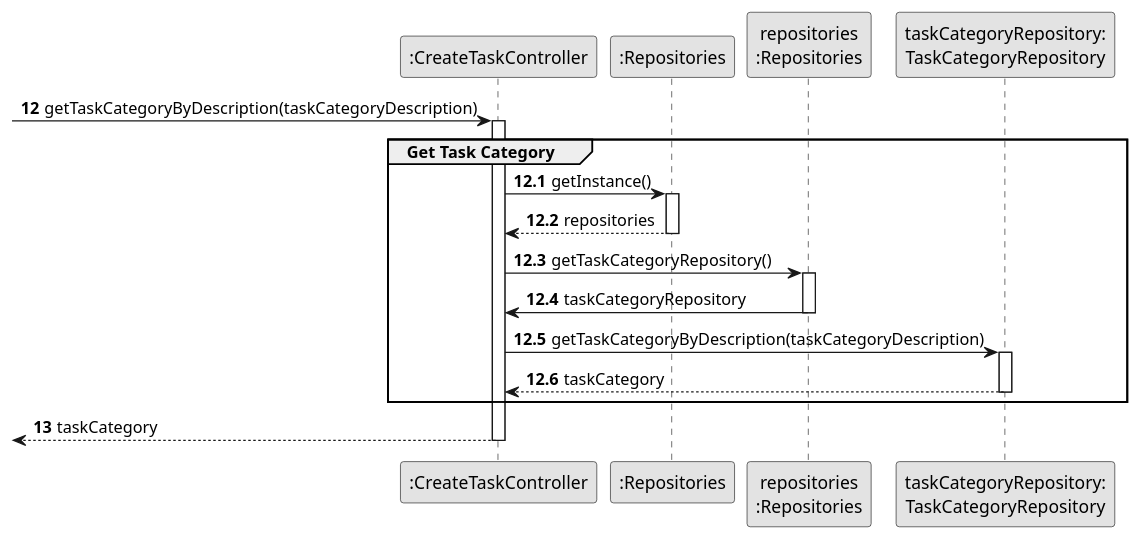
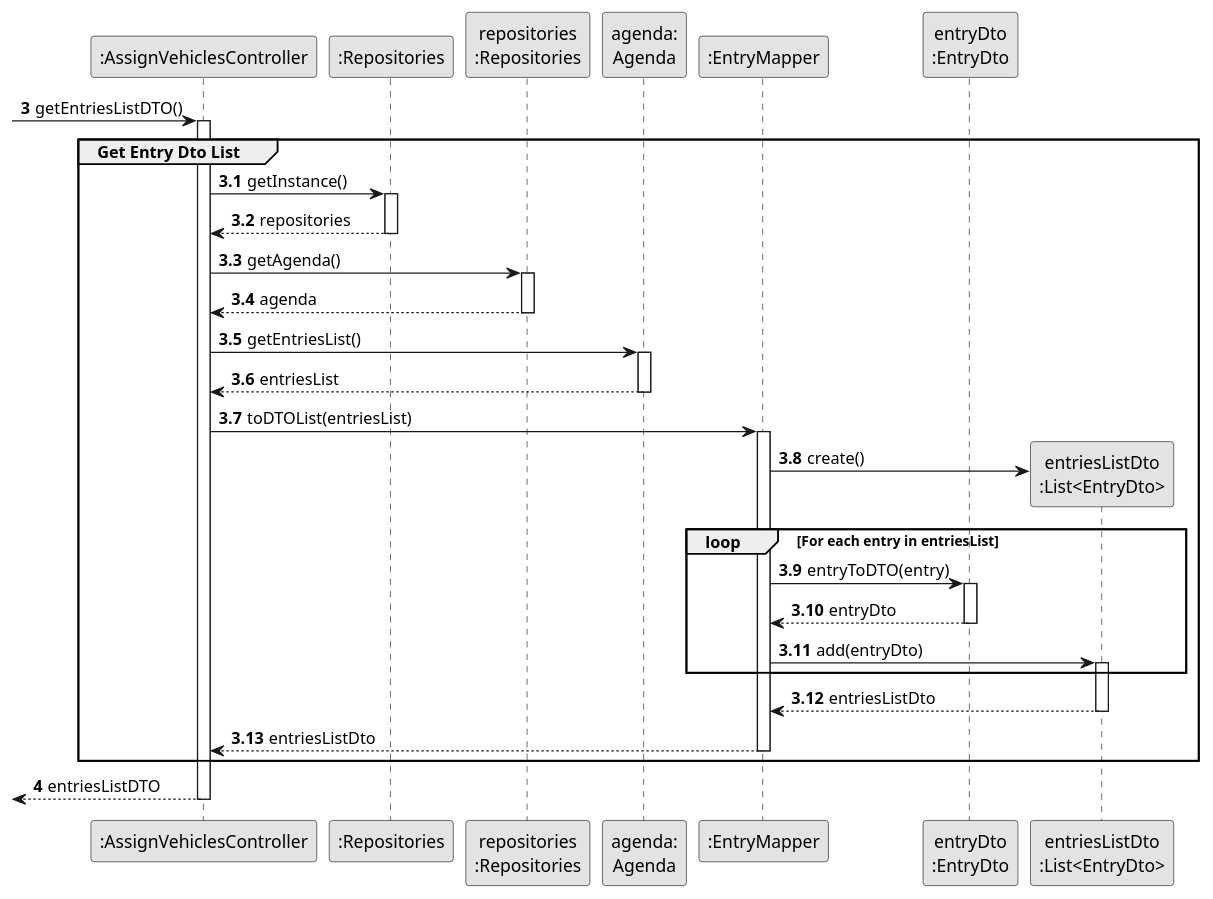
Before and after one commit to daniel41silva05/ISEP_2023_2024_LAPR2: the diagram in docs/sprintA&B&C/us026/03.design/puml/us026-sequence-diagram-partial-get-entries-dto-list.puml, drawn with PlantUML. The commit also changed 36 other files, not shown here.

Commit message:
US22/23/26 - Sequence Diagram Partial #10 #11 #12

```diff
--- a/docs/sprintA&B&C/us026/03.design/puml/us026-sequence-diagram-partial-get-entries-dto-list.puml
+++ b/docs/sprintA&B&C/us026/03.design/puml/us026-sequence-diagram-partial-get-entries-dto-list.puml
@@ -1,44 +1,72 @@
 @startuml
 skinparam monochrome true
 skinparam packageStyle rectangle
 skinparam shadowing false
 
-participant ":CreateTaskController" as CTRL
-participant ":Repositories" as RepositorySingleton
-participant "repositories\n:Repositories" as PLAT
-participant "taskCategoryRepository:\nTaskCategoryRepository" as TaskCategoryRepository
+autonumber
 
-autonumber 12
--> CTRL : getTaskCategoryByDescription(taskCategoryDescription)
+'hide footbox
 
-autonumber 12.1
+participant ":AssignVehiclesController" as CTRL
+participant ":Repositories" as REP
+participant "repositories\n:Repositories" as REPS
+participant "agenda:\nAgenda" as agenda
+participant ":EntryMapper" as entryMAPPER
+participant "entryDto\n:EntryDto" as entryDTO
+participant "entriesListDto\n:List<EntryDto>" as entriesListDTO
 
+autonumber 3
+
+ -> CTRL : getEntriesListDTO()
+autonumber 3.1
 activate CTRL
-    group Get Task Category
-        CTRL -> RepositorySingleton : getInstance()
-        activate RepositorySingleton
+    group Get Entry Dto List
 
-            RepositorySingleton --> CTRL: repositories
-        deactivate RepositorySingleton
+            CTRL -> REP : getInstance()
+            activate REP
 
-        CTRL -> PLAT : getTaskCategoryRepository()
-        activate PLAT
+            REP --> CTRL: repositories
+            deactivate REP
 
-            PLAT -> CTRL : taskCategoryRepository
-        deactivate PLAT
+            CTRL -> REPS : getAgenda()
+            activate REPS
 
-        CTRL -> TaskCategoryRepository : getTaskCategoryByDescription(taskCategoryDescription)
-        activate TaskCategoryRepository
+            REPS --> CTRL: agenda
+            deactivate REPS
 
-            TaskCategoryRepository --> CTRL : taskCategory
-        deactivate TaskCategoryRepository
+            CTRL -> agenda: getEntriesList()
+            activate agenda
 
-    end group
+            agenda --> CTRL : entriesList
+            deactivate agenda
 
-    autonumber 13
-    <-- CTRL : taskCategory
+            CTRL -> entryMAPPER: toDTOList(entriesList)
+            activate entryMAPPER
 
+                entryMAPPER -> entriesListDTO** : create()
+
+                loop For each entry in entriesList
+
+                entryMAPPER -> entryDTO: entryToDTO(entry)
+                activate entryDTO
+
+                entryDTO --> entryMAPPER: entryDto
+                deactivate entryDTO
+
+                entryMAPPER -> entriesListDTO: add(entryDto)
+                activate entriesListDTO
+
+                end
+
+                entriesListDTO --> entryMAPPER: entriesListDto
+                deactivate entriesListDTO
+
+            entryMAPPER --> CTRL : entriesListDto
+            deactivate entryMAPPER
+
+    end
+    autonumber 4
+    <-- CTRL  : entriesListDTO
 deactivate CTRL
 
-
 @enduml
```
